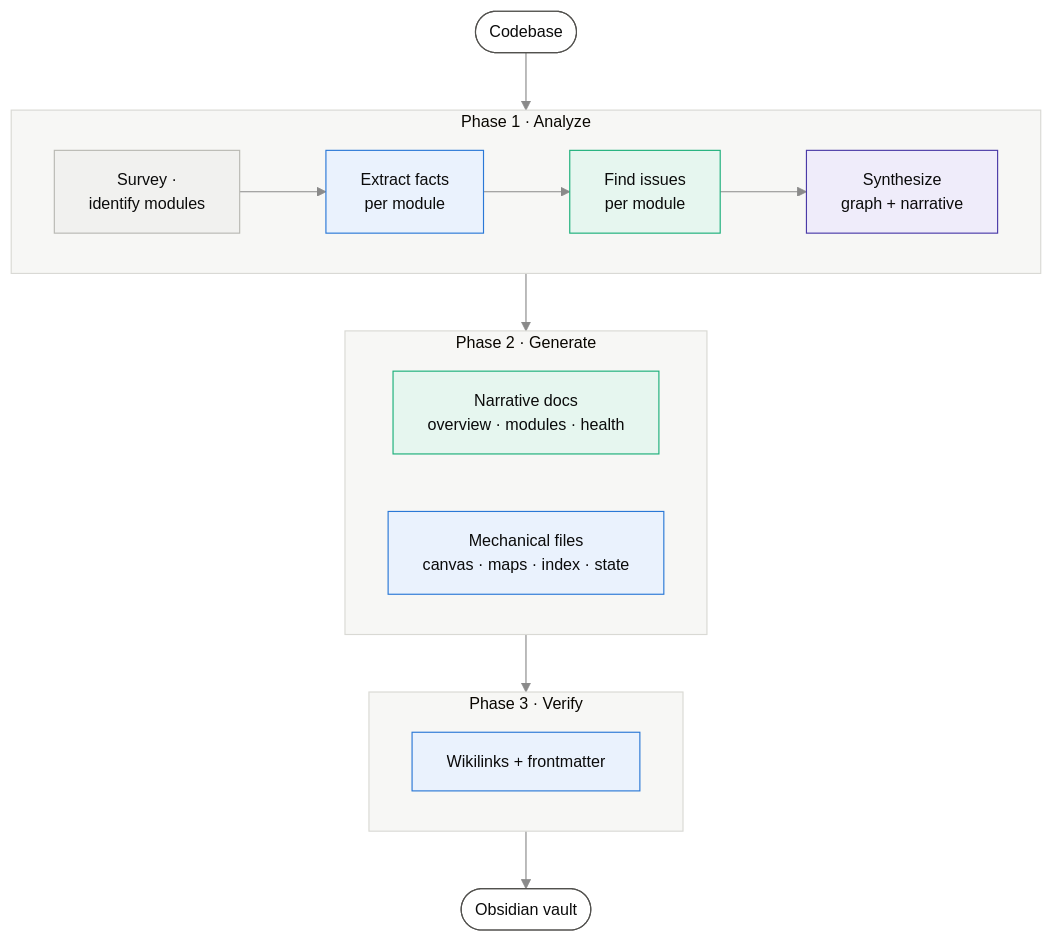
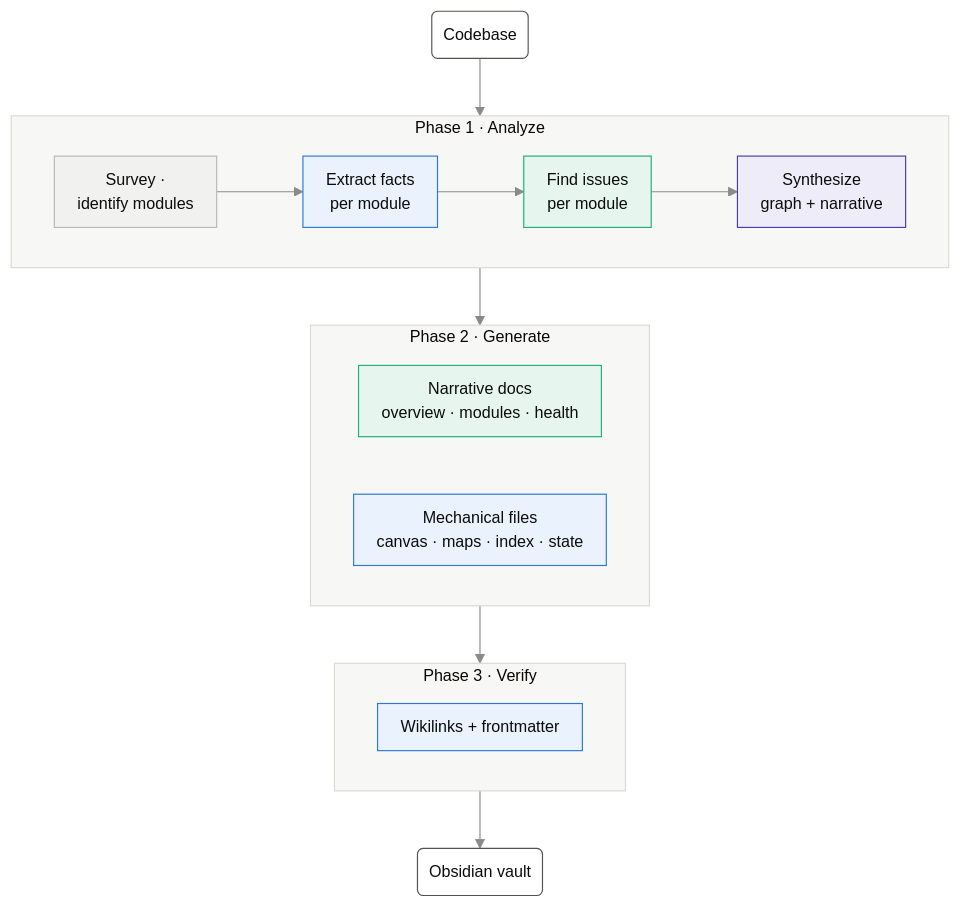
One commit to SDS-Mode/code-to-docs-skill changed the first of 3 diagrams in README.md. Above: the diagram before and after it, drawn with Mermaid. The commit also changed other lines of this file and 1 other file, not shown here.

Commit message:
fix(diagrams): prevent endpoint-node text clipping
Stadium/pill nodes `([text])` clip longer labels on GitHub's Mermaid
renderer — the curved caps under-pad, so "Codebase" rendered as "Codebas".
Switch input/output endpoints to rounded rectangles `(text)` and add
`flowchart.padding` across the README diagrams. Bake the rule into the
generator conventions (obsidian-templates.md §5) — rounded-rect endpoints,
node padding, and the clipping rationale — so future generated vaults stay
clipping-free by construction.

````diff
--- a/README.md
+++ b/README.md
@@ -5,24 +5,24 @@
 ```mermaid
-%%{init: {'theme':'base','themeVariables':{'fontFamily':'-apple-system, Segoe UI, sans-serif','fontSize':'14px','lineColor':'#8a8a8a','edgeLabelBackground':'#ffffff','clusterBkg':'#f7f7f5','clusterBorder':'#d9d9d4'}}}%%
+%%{init: {'theme':'base','flowchart':{'padding':10},'themeVariables':{'fontFamily':'-apple-system, Segoe UI, sans-serif','fontSize':'14px','lineColor':'#8a8a8a','edgeLabelBackground':'#ffffff','clusterBkg':'#f7f7f5','clusterBorder':'#d9d9d4'}}}%%
 flowchart TB
-  IN([Codebase]):::io
+  IN(Codebase):::io
   subgraph P1["Phase 1 · Analyze"]
     direction LR
     SURVEY["Survey ·<br/>identify modules"]:::plain --> EX["Extract facts<br/>per module"]:::haiku --> ISS["Find issues<br/>per module"]:::sonnet --> SYN["Synthesize<br/>graph + narrative"]:::opus
   end
   subgraph P2["Phase 2 · Generate"]
     direction LR
     NARR["Narrative docs<br/>overview · modules · health"]:::sonnet
     MECH["Mechanical files<br/>canvas · maps · index · state"]:::haiku
   end
   subgraph P3["Phase 3 · Verify"]
     VER["Wikilinks + frontmatter"]:::haiku
   end
-  OUT([Obsidian vault]):::io
+  OUT("Obsidian vault"):::io
   IN --> P1 --> P2 --> P3 --> OUT
   classDef haiku fill:#eaf2fd,stroke:#2a78d6,color:#0b0b0b
   classDef sonnet fill:#e6f6ef,stroke:#1baf7a,color:#0b0b0b
   classDef opus fill:#efecfa,stroke:#4a3aa7,color:#0b0b0b
   classDef io fill:#ffffff,stroke:#52514e,color:#0b0b0b
   classDef plain fill:#f1f1ef,stroke:#b9b9b3,color:#0b0b0b
 ```
````
